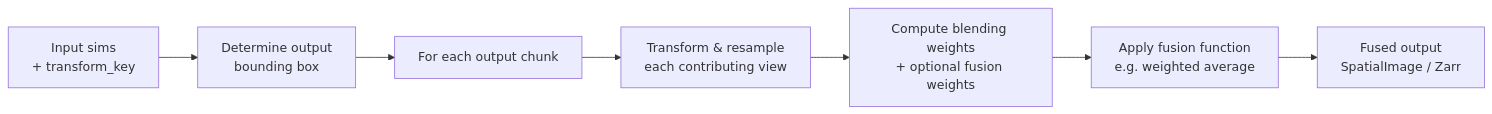
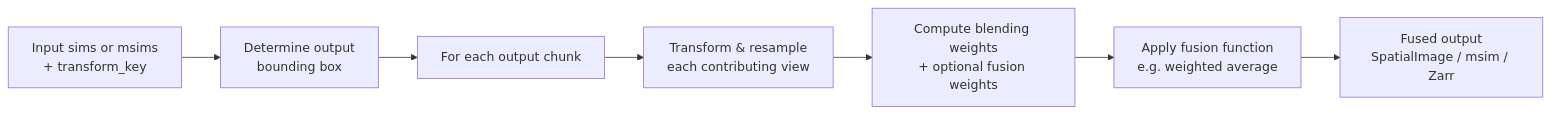
Before and after one commit to multiview-stitcher/multiview-stitcher: the diagram in docs/fusion_overview.md, drawn with Mermaid. The commit also changed other lines of this file and 10 other files, not shown here.

````diff
--- a/docs/fusion_overview.md
+++ b/docs/fusion_overview.md
@@ -9,9 +10,9 @@
 ```mermaid
 graph LR
-    A[Input sims\n+ transform_key] --> B[Determine output\nbounding box]
+    A[Input sims or msims\n+ transform_key] --> B[Determine output\nbounding box]
     B --> C[For each output chunk]
     C --> D[Transform & resample\neach contributing view]
     D --> E[Compute blending weights\n+ optional fusion weights]
     E --> F[Apply fusion function\ne.g. weighted average]
-    F --> G[Fused output\nSpatialImage / Zarr]
+    F --> G[Fused output\nSpatialImage / msim / Zarr]
 ```
````
